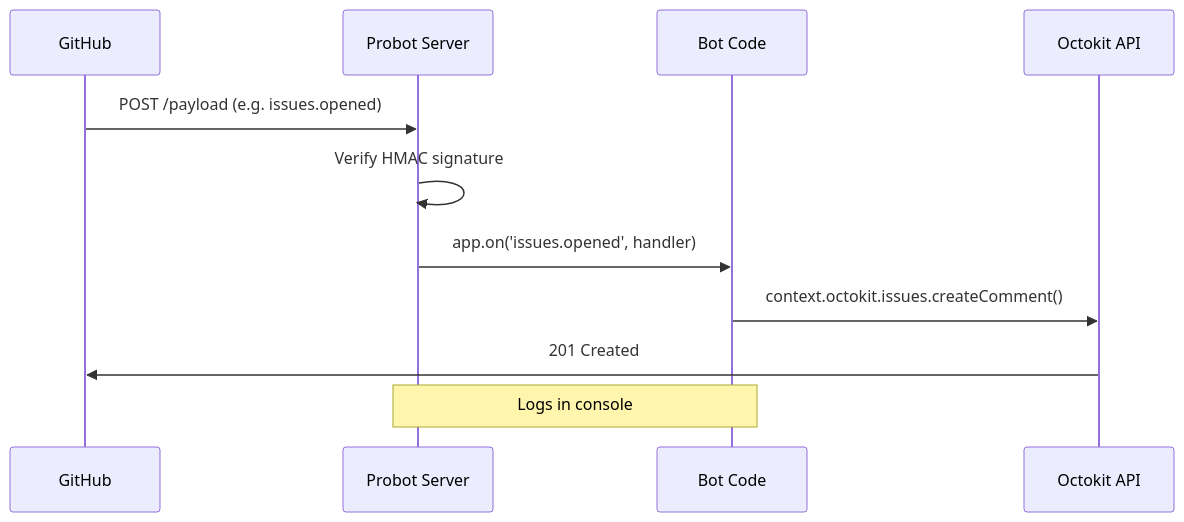
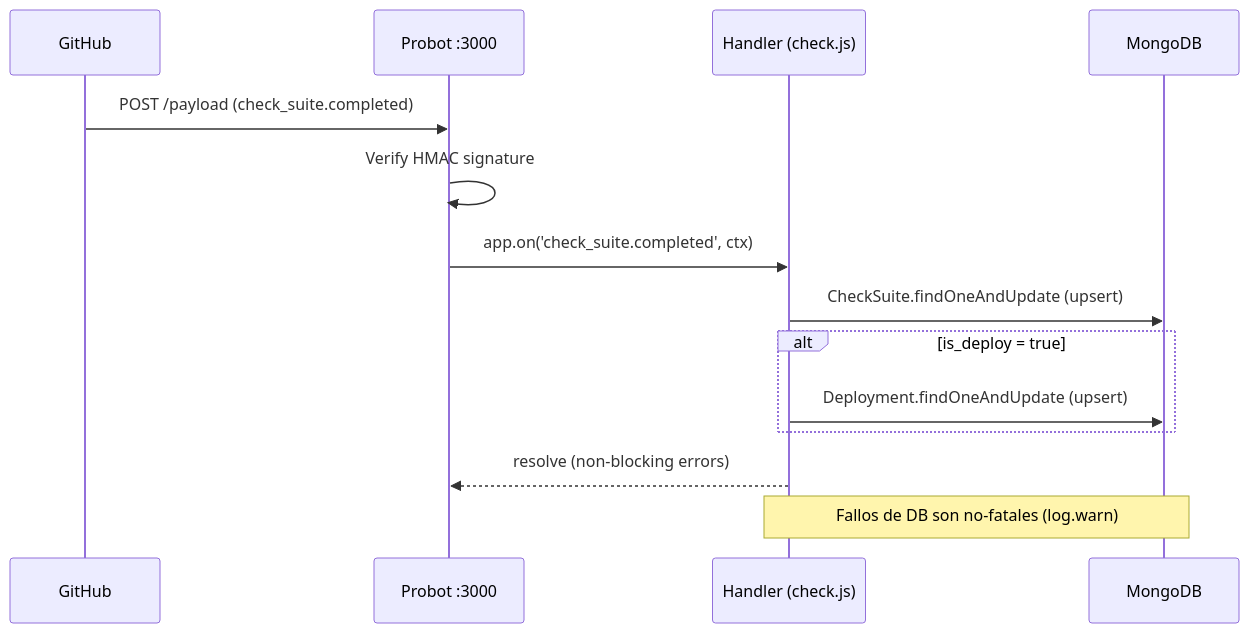
One commit to VanOps/git-bot changed the second of 6 diagrams in README.md. Above: the diagram before and after it, drawn with Mermaid. The commit also changed other lines of this file and 2 other files, not shown here.

````diff
--- a/README.md
+++ b/README.md
@@ -75,13 +75,17 @@
 ```mermaid
 sequenceDiagram
-    participant G as GitHub
-    participant P as Probot Server
-    participant A as Bot Code
-    participant O as Octokit API
-    G->>P: POST /payload (e.g. issues.opened)
+    participant GH as GitHub
+    participant P  as Probot :3000
+    participant H  as Handler (check.js)
+    participant DB as MongoDB
+
+    GH->>P: POST /payload (check_suite.completed)
     P->>P: Verify HMAC signature
-    P->>A: app.on('issues.opened', handler)
-    A->>O: context.octokit.issues.createComment()
-    O->>G: 201 Created
-    Note over P,A: Logs in console
+    P->>H: app.on('check_suite.completed', ctx)
+    H->>DB: CheckSuite.findOneAndUpdate (upsert)
+    alt is_deploy = true
+        H->>DB: Deployment.findOneAndUpdate (upsert)
+    end
+    H-->>P: resolve (non-blocking errors)
+    Note over H,DB: Fallos de DB son no-fatales (log.warn)
 ```
````
